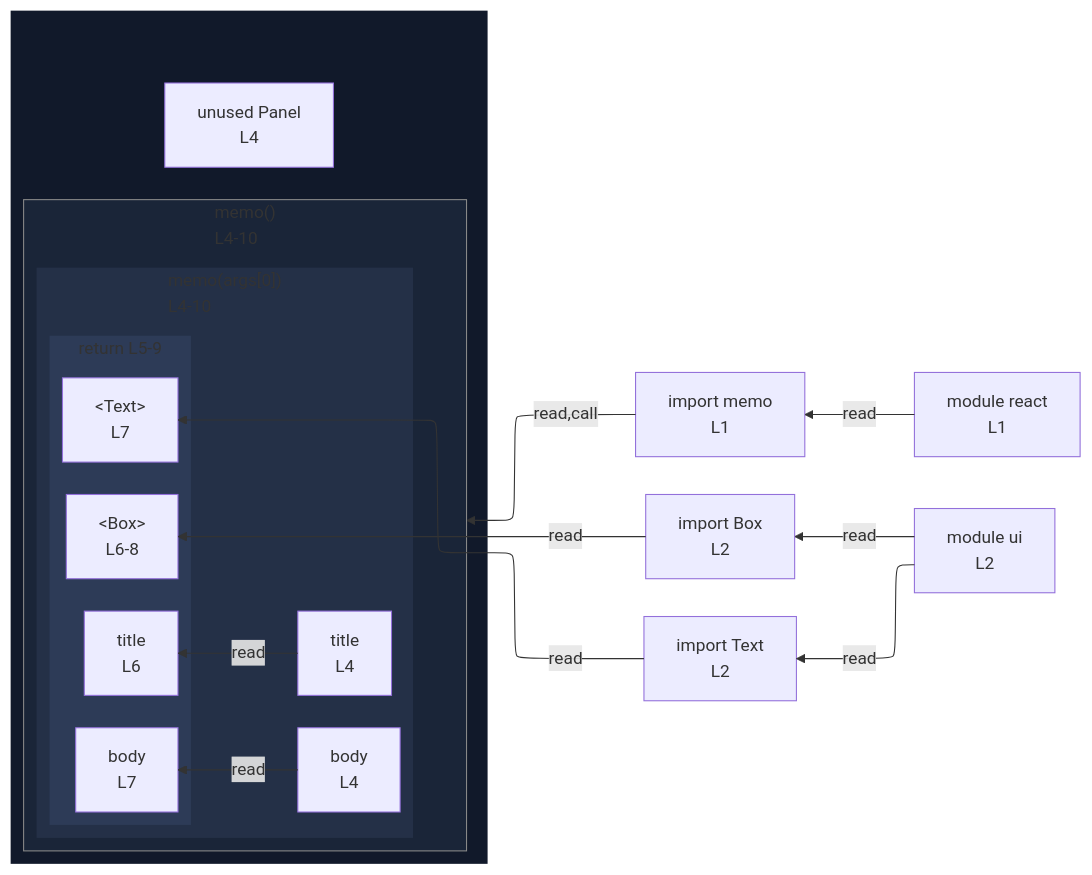
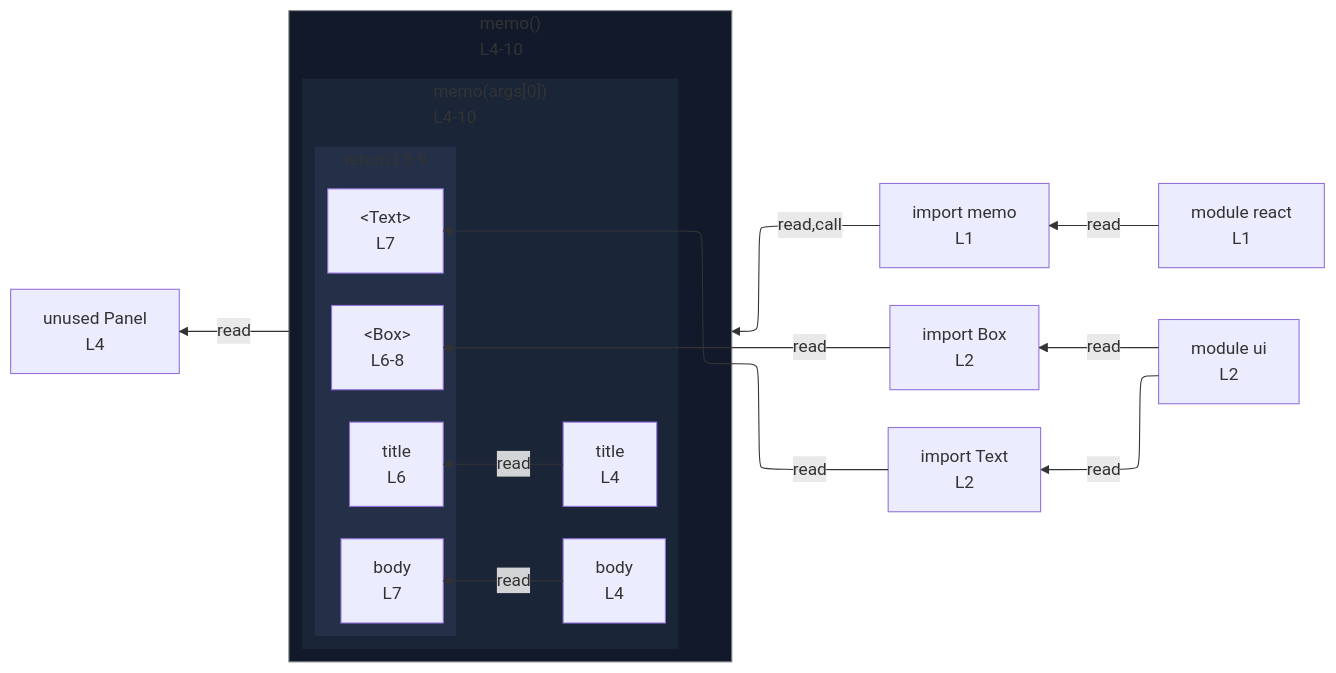
Before and after one commit to crescware/unsnarl: the diagram in integration/fixtures/jsx/memo-component/preview.md, drawn with Mermaid. The commit also changed 105 other files, not shown here.

````diff
--- a/integration/fixtures/jsx/memo-component/preview.md
+++ b/integration/fixtures/jsx/memo-component/preview.md
@@ -20,46 +20,42 @@
 ```mermaid
 %%{init: {"flowchart": {"defaultRenderer": "elk"}}}%%
 flowchart RL
   n_scope_0_memo_9["import memo<br/>L1"]
   n_scope_0_Box_39["import Box<br/>L2"]
   n_scope_0_Text_44["import Text<br/>L2"]
-  subgraph wrap_call_proxy_84[" "]
-    direction TB
-    n_scope_0_Panel_76["unused Panel<br/>L4"]
-    subgraph call_proxy_84["memo()<br/>L4-10"]
+  n_scope_0_Panel_76["unused Panel<br/>L4"]
+  subgraph call_proxy_84["memo()<br/>L4-10"]
+    direction RL
+    subgraph s_scope_1["memo(args[0])<br/>L4-10"]
       direction RL
-      subgraph s_scope_1["memo(args[0])<br/>L4-10"]
+      n_scope_1_title_90["title<br/>L4"]
+      n_scope_1_body_105["body<br/>L4"]
+      subgraph s_return_scope_1_126_200["return L5-9"]
         direction RL
-        n_scope_1_title_90["title<br/>L4"]
-        n_scope_1_body_105["body<br/>L4"]
-        subgraph s_return_scope_1_126_200["return L5-9"]
-          direction RL
-          ret_use_ref_2["&lt;Box&gt;<br/>L6-8"]
-          ret_use_ref_3["title<br/>L6"]
-          ret_use_ref_4["&lt;Text&gt;<br/>L7"]
-          ret_use_ref_5["body<br/>L7"]
-        end
+        ret_use_ref_2["&lt;Box&gt;<br/>L6-8"]
+        ret_use_ref_3["title<br/>L6"]
+        ret_use_ref_4["&lt;Text&gt;<br/>L7"]
+        ret_use_ref_5["body<br/>L7"]
       end
     end
   end
+  call_proxy_84 -->|read| n_scope_0_Panel_76
   n_scope_0_memo_9 -->|read,call| call_proxy_84
   n_scope_0_Box_39 -->|read| ret_use_ref_2
   n_scope_1_title_90 -->|read| ret_use_ref_3
   n_scope_0_Text_44 -->|read| ret_use_ref_4
   n_scope_1_body_105 -->|read| ret_use_ref_5
   mod_react["module react<br/>L1"]
   mod_ui["module ui<br/>L2"]
   mod_react -->|read| n_scope_0_memo_9
   mod_ui -->|read| n_scope_0_Box_39
   mod_ui -->|read| n_scope_0_Text_44
   classDef nestL1 fill:#11192a,stroke:transparent;
-  class wrap_call_proxy_84 nestL1;
+  class call_proxy_84 nestL1;
   classDef nestL2 fill:#1a2538,stroke:transparent;
-  class call_proxy_84 nestL2;
+  class s_scope_1 nestL2;
   classDef nestL3 fill:#243047,stroke:transparent;
-  class s_scope_1 nestL3;
-  classDef nestL4 fill:#2d3b57,stroke:transparent;
-  class s_return_scope_1_126_200 nestL4;
+  class s_return_scope_1_126_200 nestL3;
   classDef edgeTargetSubgraph stroke:#888;
   class call_proxy_84 edgeTargetSubgraph;
 ```
````
